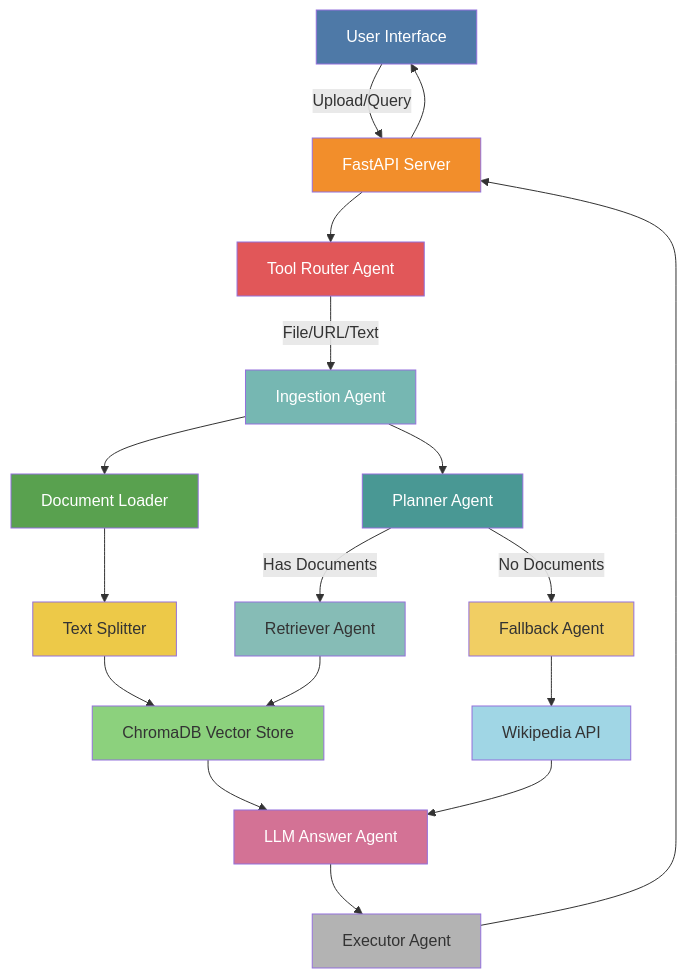
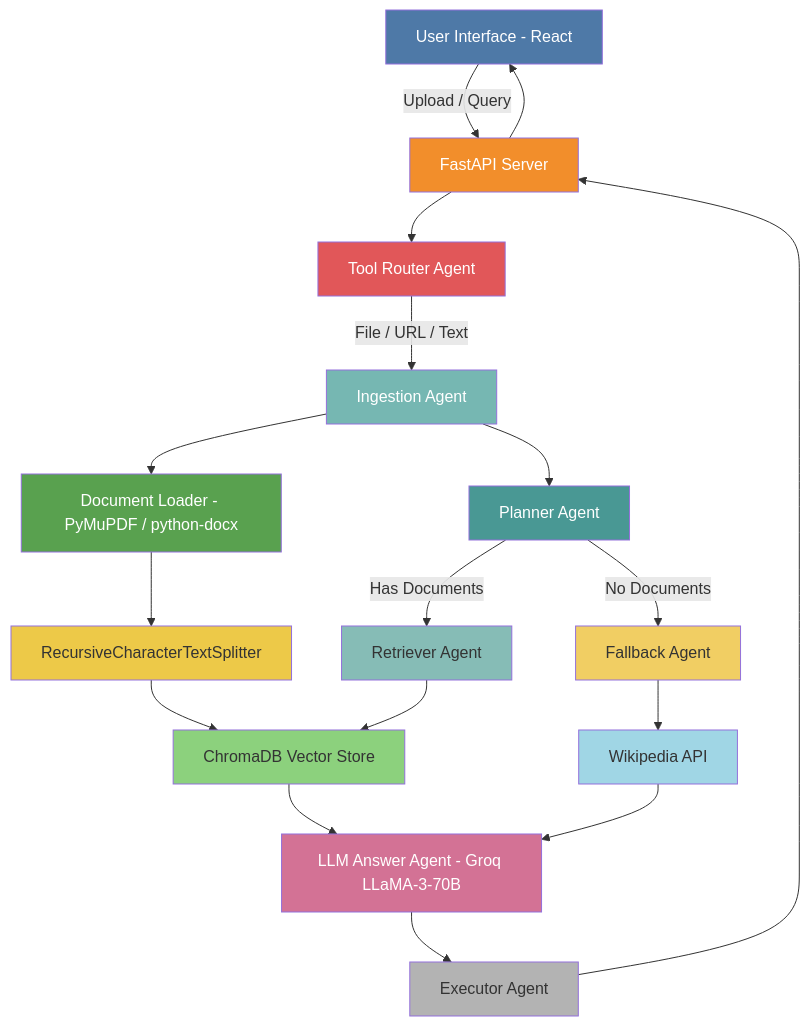
Before and after one commit to NeuroNaman/DocMind: the diagram in README.md, drawn with Mermaid. The commit also changed other lines of this file, not shown here.

````diff
--- a/README.md
+++ b/README.md
@@ -196,37 +73,37 @@
 ```mermaid
 graph TD
-    A[User Interface]:::ui -->|Upload/Query| B[FastAPI Server]:::server
+    A[User Interface - React]:::ui -->|Upload / Query| B[FastAPI Server]:::server
     B --> C[Tool Router Agent]:::router
-    C -->|File/URL/Text| D[Ingestion Agent]:::processor
-    
-    D --> E[Document Loader]:::loader
-    E --> F[Text Splitter]:::splitter
+    C -->|File / URL / Text| D[Ingestion Agent]:::processor
+
+    D --> E[Document Loader - PyMuPDF / python-docx]:::loader
+    E --> F[RecursiveCharacterTextSplitter]:::splitter
     F --> G[ChromaDB Vector Store]:::database
-    
+
     D --> H[Planner Agent]:::planner
     H -->|Has Documents| I[Retriever Agent]:::retriever
     H -->|No Documents| J[Fallback Agent]:::fallback
-    
+
     I --> G
-    G --> K[LLM Answer Agent]:::llm
+    G --> K[LLM Answer Agent - Groq LLaMA-3-70B]:::llm
     J --> L[Wikipedia API]:::api
     L --> K
-    
+
     K --> M[Executor Agent]:::executor
     M --> B
     B --> A
 
-    classDef ui fill:#4e79a7,color:white;
-    classDef server fill:#f28e2b,color:white;
-    classDef router fill:#e15759,color:white;
-    classDef processor fill:#76b7b2,color:white;
-    classDef loader fill:#59a14f,color:white;
-    classDef splitter fill:#edc948,color:#333;
-    classDef database fill:#8cd17d,color:#333;
-    classDef planner fill:#499894,color:white;
-    classDef retriever fill:#86bcb6,color:#333;
-    classDef fallback fill:#f1ce63,color:#333;
-    classDef llm fill:#d37295,color:white;
-    classDef api fill:#a0d6e5,color:#333;
-    classDef executor fill:#b3b3b3,color:#333;
+    classDef ui fill:#4e79a7,color:white
+    classDef server fill:#f28e2b,color:white
+    classDef router fill:#e15759,color:white
+    classDef processor fill:#76b7b2,color:white
+    classDef loader fill:#59a14f,color:white
+    classDef splitter fill:#edc948,color:#333
+    classDef database fill:#8cd17d,color:#333
+    classDef planner fill:#499894,color:white
+    classDef retriever fill:#86bcb6,color:#333
+    classDef fallback fill:#f1ce63,color:#333
+    classDef llm fill:#d37295,color:white
+    classDef api fill:#a0d6e5,color:#333
+    classDef executor fill:#b3b3b3,color:#333
 ```
````
